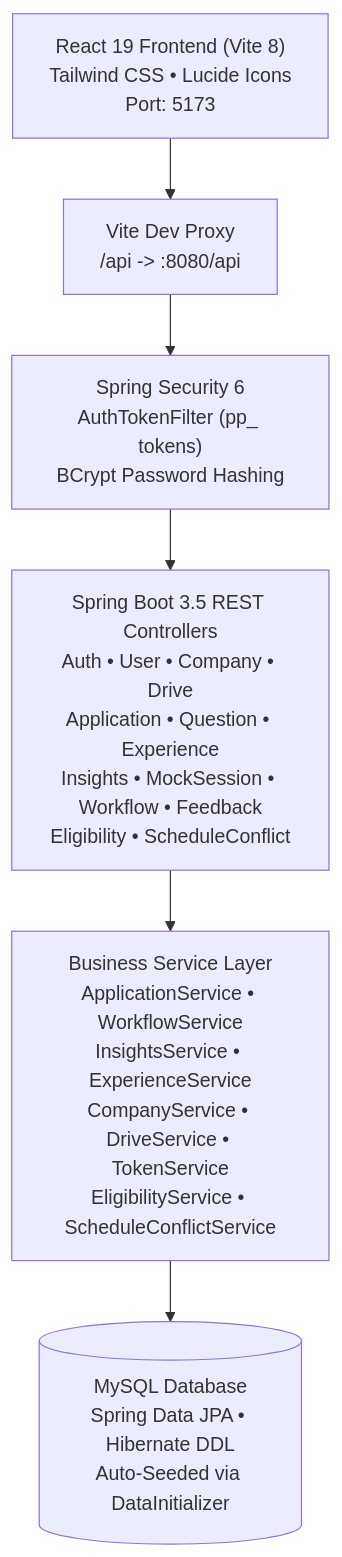
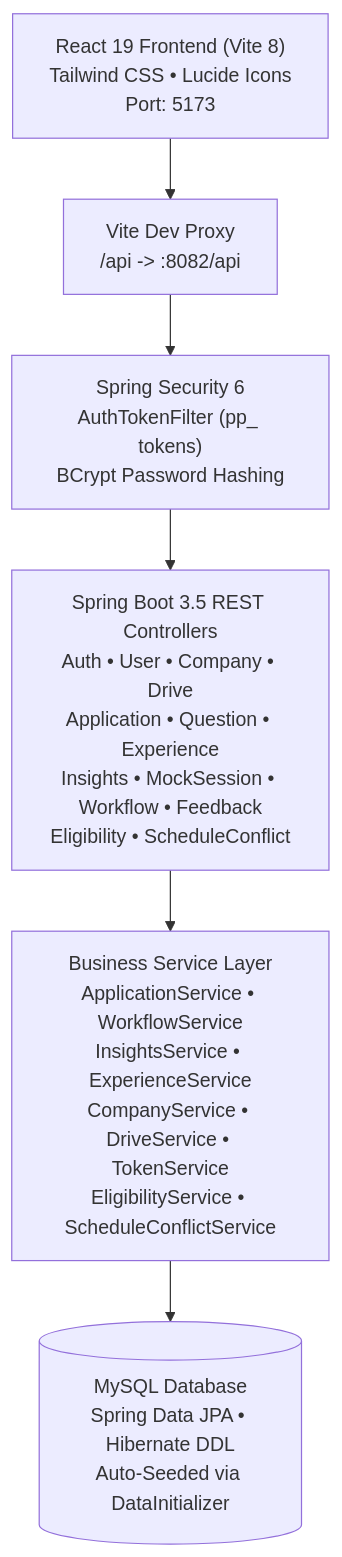
The diagram in README.md (Priyansh1867/PlacePrep), drawn with Mermaid before and after one commit. The commit also changed other lines of this file and 8 other files, not shown here.

````diff
--- a/README.md
+++ b/README.md
@@ -22,18 +22,18 @@
 ```mermaid
 graph TD
     Client["React 19 Frontend (Vite 8)<br/>Tailwind CSS • Lucide Icons<br/>Port: 5173"]
-    Proxy["Vite Dev Proxy<br/>/api -> :8080/api"]
+    Proxy["Vite Dev Proxy<br/>/api -> :8082/api"]
     Gateway["Spring Security 6<br/>AuthTokenFilter (pp_ tokens)<br/>BCrypt Password Hashing"]
     
     Controllers["Spring Boot 3.5 REST Controllers<br/>Auth • User • Company • Drive<br/>Application • Question • Experience<br/>Insights • MockSession • Workflow • Feedback<br/>Eligibility • ScheduleConflict"]
     
     Services["Business Service Layer<br/>ApplicationService • WorkflowService<br/>InsightsService • ExperienceService<br/>CompanyService • DriveService • TokenService<br/>EligibilityService • ScheduleConflictService"]
     
     Database[("MySQL Database<br/>Spring Data JPA • Hibernate DDL<br/>Auto-Seeded via DataInitializer")]
 
     Client --> Proxy
     Proxy --> Gateway
     Gateway --> Controllers
     Controllers --> Services
     Services --> Database
 ```
````
